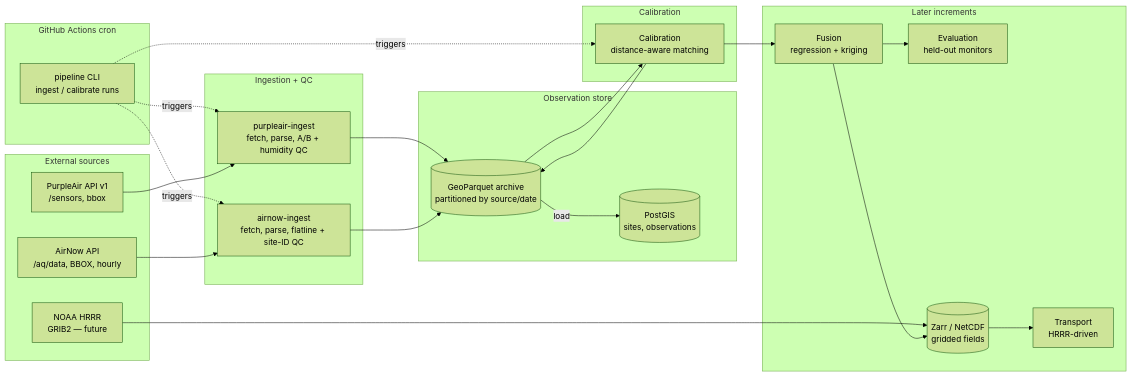
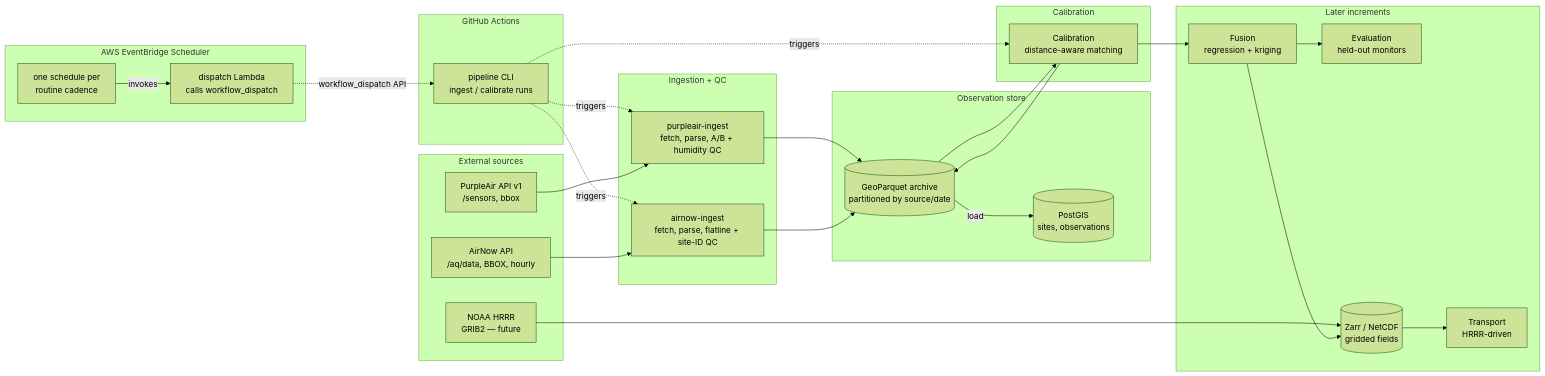
One commit to mattjtravers/air-quality-digital-twin changed the diagram in docs/high-level-design.md. Above: the diagram before and after it, drawn with Mermaid (forest theme). The commit also changed other lines of this file and 6 other files, not shown here.

````diff
--- a/docs/high-level-design.md
+++ b/docs/high-level-design.md
@@ -128,44 +129,51 @@
 ```mermaid
 flowchart LR
-    subgraph schedule [GitHub Actions cron]
+    subgraph trigger [AWS EventBridge Scheduler]
+        EBS[one schedule per<br/>routine cadence]
+        LAM[dispatch Lambda<br/>calls workflow_dispatch]
+        EBS -->|invokes| LAM
+    end
+
+    subgraph schedule [GitHub Actions]
         SCH[pipeline CLI<br/>ingest / calibrate runs]
     end
 
     subgraph sources [External sources]
         PA[PurpleAir API v1<br/>/sensors, bbox]
         AN[AirNow API<br/>/aq/data, BBOX, hourly]
         HR[NOAA HRRR<br/>GRIB2 — future]
     end
 
     subgraph ingest [Ingestion + QC]
         PAI[purpleair-ingest<br/>fetch, parse, A/B + humidity QC]
         ANI[airnow-ingest<br/>fetch, parse, flatline + site-ID QC]
     end
 
     subgraph store [Observation store]
         ARC[(GeoParquet archive<br/>partitioned by source/date)]
         PG[(PostGIS<br/>sites, observations)]
     end
 
     subgraph calibration [Calibration]
         CAL[Calibration<br/>distance-aware matching]
     end
 
     subgraph future [Later increments]
         FUS[Fusion<br/>regression + kriging]
         TRN[Transport<br/>HRRR-driven]
         EVL[Evaluation<br/>held-out monitors]
         ZR[(Zarr / NetCDF<br/>gridded fields)]
     end
 
+    LAM -.->|workflow_dispatch API| SCH
     SCH -.->|triggers| PAI
     SCH -.->|triggers| ANI
     SCH -.->|triggers| CAL
     PA --> PAI --> ARC
     AN --> ANI --> ARC
     ARC -->|load| PG
     ARC --> CAL --> ARC
     CAL --> FUS --> EVL
     HR --> ZR --> TRN
     FUS --> ZR
 ```
````
